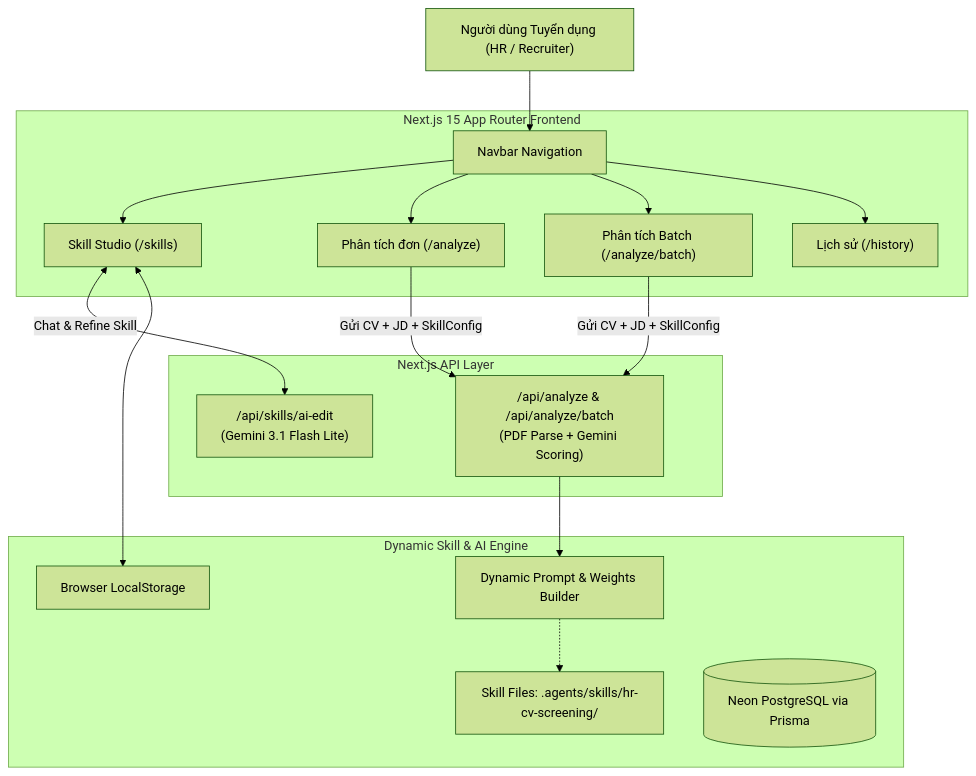
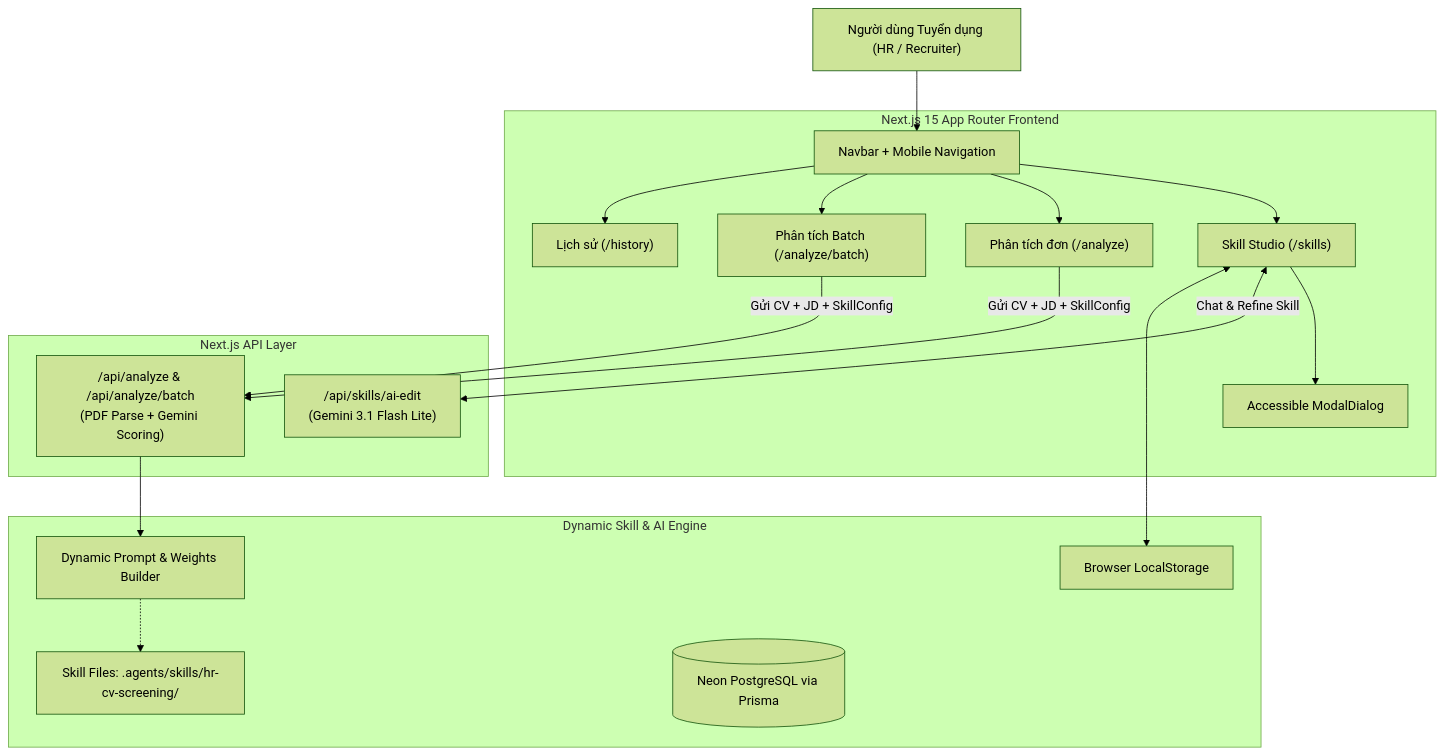
One commit to Nhthuando/HiLab-HR changed the diagram in docs/architecture.md. Above: the diagram before and after it, drawn with Mermaid (forest theme). The commit also changed 12 other files, not shown here.

````diff
--- a/docs/architecture.md
+++ b/docs/architecture.md
@@ -5,34 +5,37 @@
 ```mermaid
 graph TD
     User["Người dùng Tuyển dụng (HR / Recruiter)"]
     
     subgraph Frontend ["Next.js 15 App Router Frontend"]
-        Nav["Navbar Navigation"]
+        Nav["Navbar + Mobile Navigation"]
+        Modal["Accessible ModalDialog"]
         PageStudio["Skill Studio (/skills)"]
         PageSingle["Phân tích đơn (/analyze)"]
         PageBatch["Phân tích Batch (/analyze/batch)"]
         PageHistory["Lịch sử (/history)"]
     end
 
     subgraph API ["Next.js API Layer"]
         API_AICopilot["/api/skills/ai-edit\n(Gemini 3.1 Flash Lite)"]
         API_Analyze["/api/analyze & /api/analyze/batch\n(PDF Parse + Gemini Scoring)"]
     end
 
     subgraph CoreEngine ["Dynamic Skill & AI Engine"]
         SkillFiles["Skill Files: .agents/skills/hr-cv-screening/"]
         DynamicPrompt["Dynamic Prompt & Weights Builder"]
         LocalStorageState["Browser LocalStorage"]
         NeonDB[("Neon PostgreSQL via Prisma")]
     end
 
     User --> Nav
     Nav --> PageStudio & PageSingle & PageBatch & PageHistory
 
+    PageStudio --> Modal
+
     PageStudio <-->|Chat & Refine Skill| API_AICopilot
     PageStudio <--> LocalStorageState
     
     PageSingle & PageBatch -->|Gửi CV + JD + SkillConfig| API_Analyze
     API_Analyze --> DynamicPrompt
     DynamicPrompt -.-> SkillFiles
 ```
````
